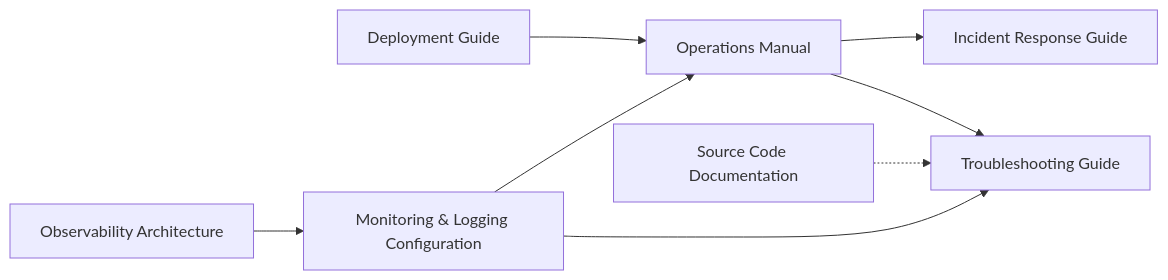
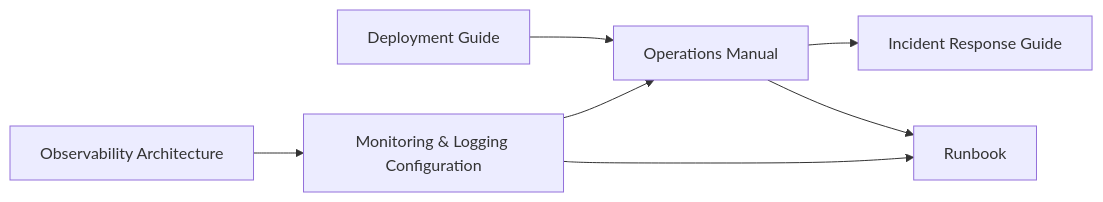
Before and after one commit to mahitotsu/ukiyoue: diagram 12 of 15 in specs/artifact-relationships.md, drawn with Mermaid. The commit also changed other lines of this file and 6 other files, not shown here.

First line of the commit message:
docs: consolidate Incident Response + Troubleshooting → Runbook

````diff
--- a/specs/artifact-relationships.md
+++ b/specs/artifact-relationships.md
@@ -493,12 +504,11 @@
 ```mermaid
 graph LR
     DeployGuide[Deployment Guide] --> OpsManual[Operations Manual]
     OpsManual --> IncidentGuide[Incident Response Guide]
 
     ObservArch[Observability Architecture] --> MonConfig[Monitoring & Logging Configuration]
     MonConfig --> OpsManual
-    MonConfig --> TroubleGuide[Troubleshooting Guide]
+    MonConfig --> Runbook[Runbook]
 
-    SrcDoc[Source Code Documentation] -.-> TroubleGuide
-    OpsManual --> TroubleGuide
+    OpsManual --> Runbook
 ```
````
